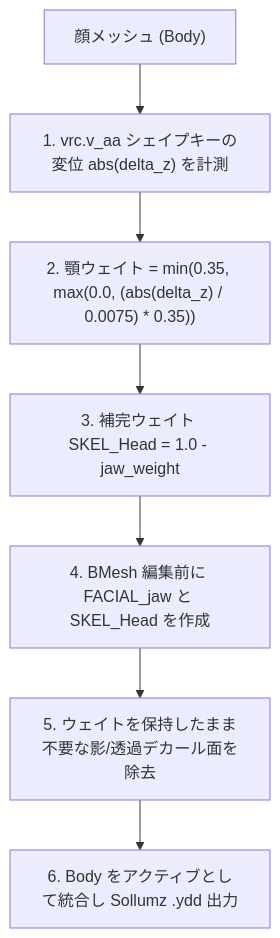
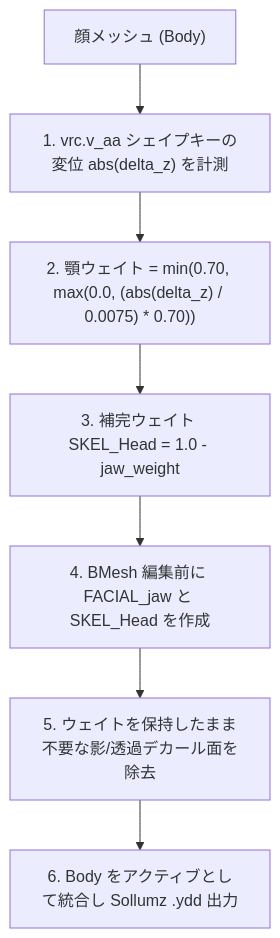
The diagram in docs/DEPLOYMENT_GUIDE.ja.md (TheOkamoto/vrcavatar2gtav), drawn with Mermaid before and after one commit. The commit also changed other lines of this file and 24 other files, not shown here.

````diff
--- a/docs/DEPLOYMENT_GUIDE.ja.md
+++ b/docs/DEPLOYMENT_GUIDE.ja.md
@@ -113,9 +113,9 @@
 ```mermaid
 flowchart TD
     FaceMesh["顔メッシュ (Body)"] --> ShapeKey["1. vrc.v_aa シェイプキーの変位 abs(delta_z) を計測"]
-    ShapeKey --> JawFormula["2. 顎ウェイト = min(0.35, max(0.0, (abs(delta_z) / 0.0075) * 0.35))"]
+    ShapeKey --> JawFormula["2. 顎ウェイト = min(0.70, max(0.0, (abs(delta_z) / 0.0075) * 0.70))"]
     JawFormula --> HeadSplit["3. 補完ウェイト SKEL_Head = 1.0 - jaw_weight"]
     HeadSplit --> PreBMesh["4. BMesh 編集前に FACIAL_jaw と SKEL_Head を作成"]
     PreBMesh --> CleanAlpha["5. ウェイトを保持したまま不要な影/透過デカール面を除去"]
     CleanAlpha --> ActiveJoin["6. Body をアクティブとして統合し Sollumz .ydd 出力"]
 ```
````
